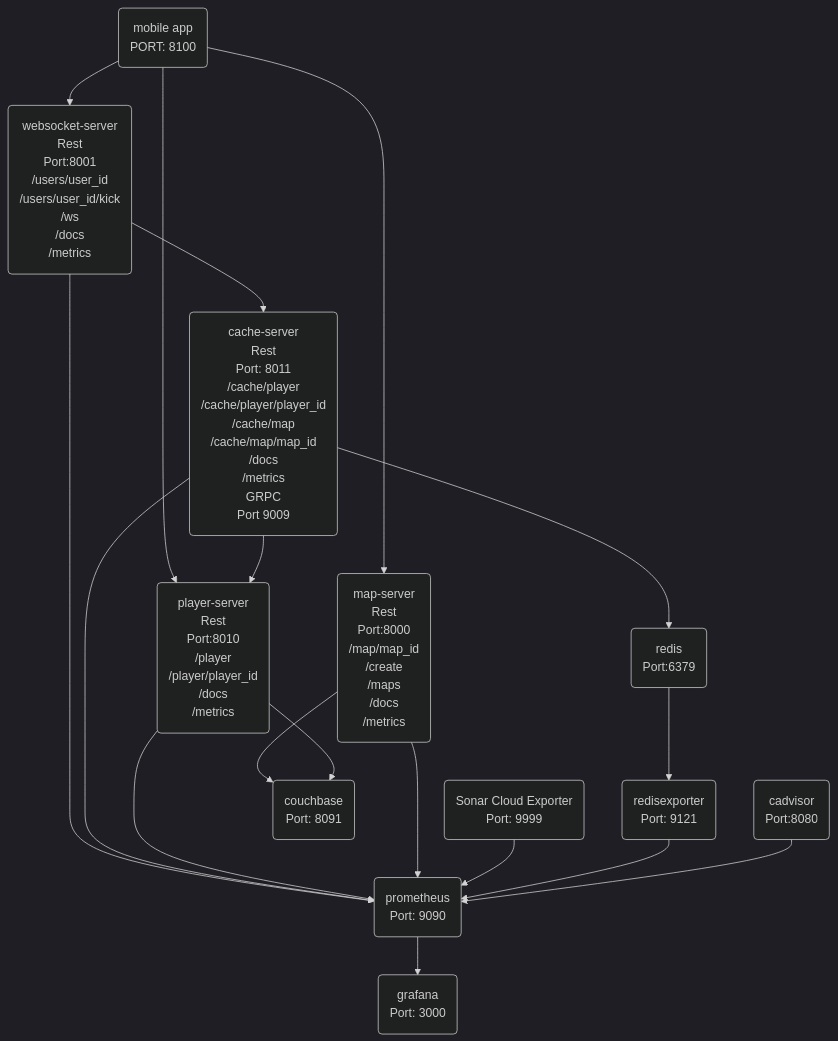
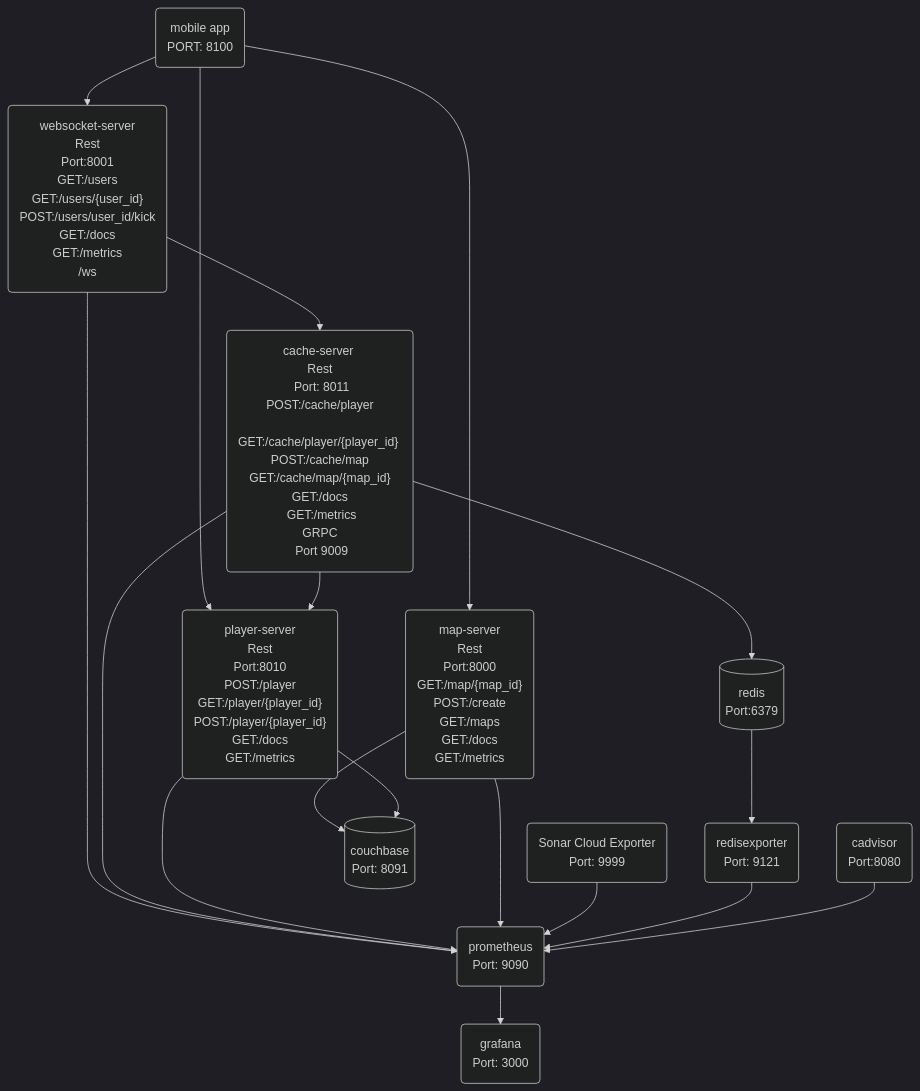
One commit to codeiain/stunning-tribble changed the diagram in structure.md. Above: the diagram before and after it, drawn with Mermaid (dark theme).

````diff
--- a/structure.md
+++ b/structure.md
@@ -1,37 +1,43 @@
 ```mermaid
 flowchart TD
 
     mobile-app(mobile app \n PORT: 8100)
-    websocket-server(websocket-server \n Rest \n Port:8001\n /users/user_id \n /users/user_id/kick \n /ws \n /docs \n /metrics)
-    cache-server(cache-server \n Rest \n Port: 8011\n /cache/player \n /cache/player/player_id \n /cache/map \n /cache/map/map_id \n /docs \n /metrics\n GRPC \n Port 9009)
-    player-server(player-server \n Rest \n Port:8010\n /player\n /player/player_id \n /docs \n /metrics)
-    map-server(map-server \n Rest \n Port:8000 \n /map/map_id \n /create \n /maps \n /docs \n /metrics)
+
+    websocket-server("websocket-server \n Rest \n Port:8001\n GET:/users\n GET:/users/{user_id} \n POST:/users/user_id/kick \n GET:/docs \n GET:/metrics \n /ws ")
+
+    cache-server("cache-server \n Rest \n Port: 8011\n POST:/cache/player \n GET:/cache/player/{player_id} \n POST:/cache/map \n GET:/cache/map/{map_id} \n GET:/docs \n GET:/metrics\n GRPC \n Port 9009")
+
+    player-server("player-server \n Rest \n Port:8010\n POST:/player\n GET:/player/{player_id} \n POST:/player/{player_id} \n GET:/docs \n GET:/metrics")
+
+    map-server("map-server \n Rest \n Port:8000 \n GET:/map/{map_id} \n POST:/create \n GET:/maps \n GET:/docs \n GET:/metrics")
 
     sonarcloudexporter(Sonar Cloud Exporter \n Port: 9999 )
+
     cadvisor(cadvisor\n Port:8080)
+
     redis-exporter(redisexporter\n Port: 9121)
     grafana(grafana \n Port: 3000)
-    couchbase(couchbase \n Port: 8091)
+    couchbase[(couchbase \n Port: 8091)]
     prometheus(prometheus \n Port: 9090)
-    redis(redis \n Port:6379)
+    redis[(redis \n Port:6379)]
     
     mobile-app --> websocket-server
     websocket-server --> cache-server
     mobile-app --> player-server
     mobile-app --> map-server
     cache-server --> player-server
     map-server --> couchbase
     player-server --> couchbase
     cache-server --> redis
 
     websocket-server --> prometheus
     cache-server --> prometheus
     player-server --> prometheus
     map-server --> prometheus
     sonarcloudexporter --> prometheus
     redis-exporter -->prometheus
     cadvisor --> prometheus
     prometheus --> grafana
     redis --> redis-exporter
 
 ```
````
